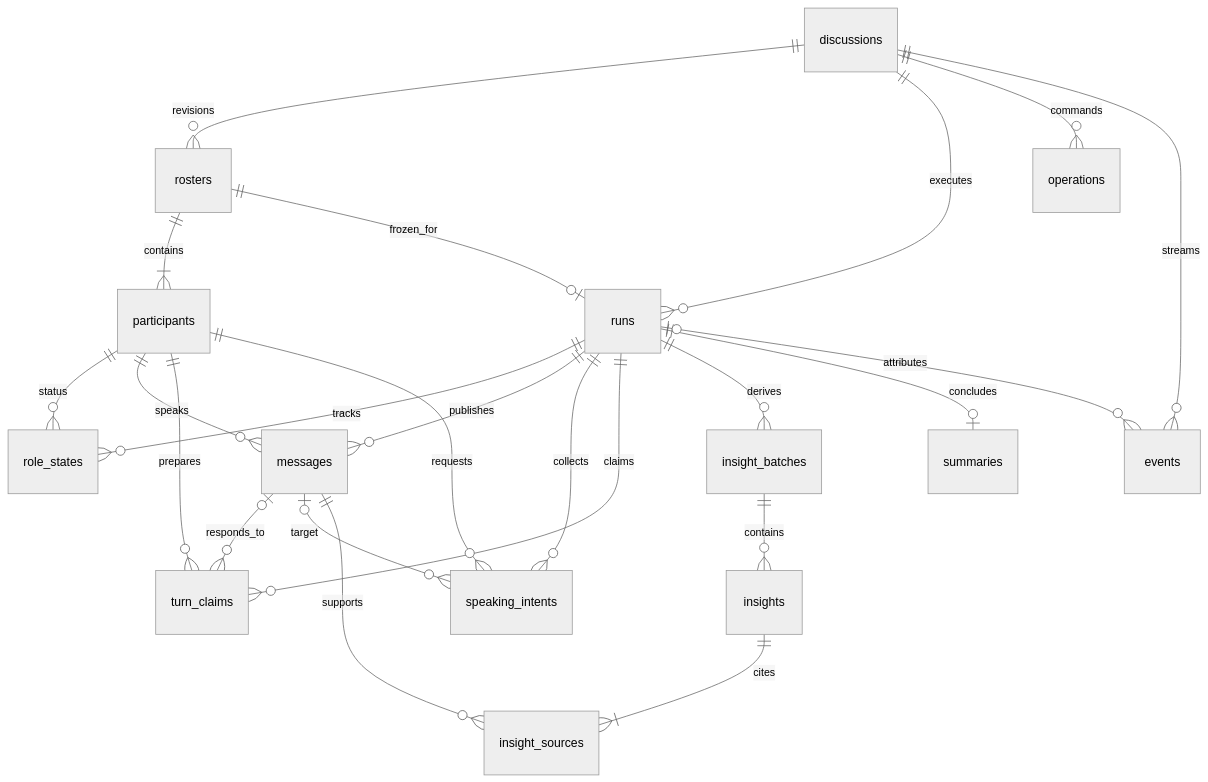
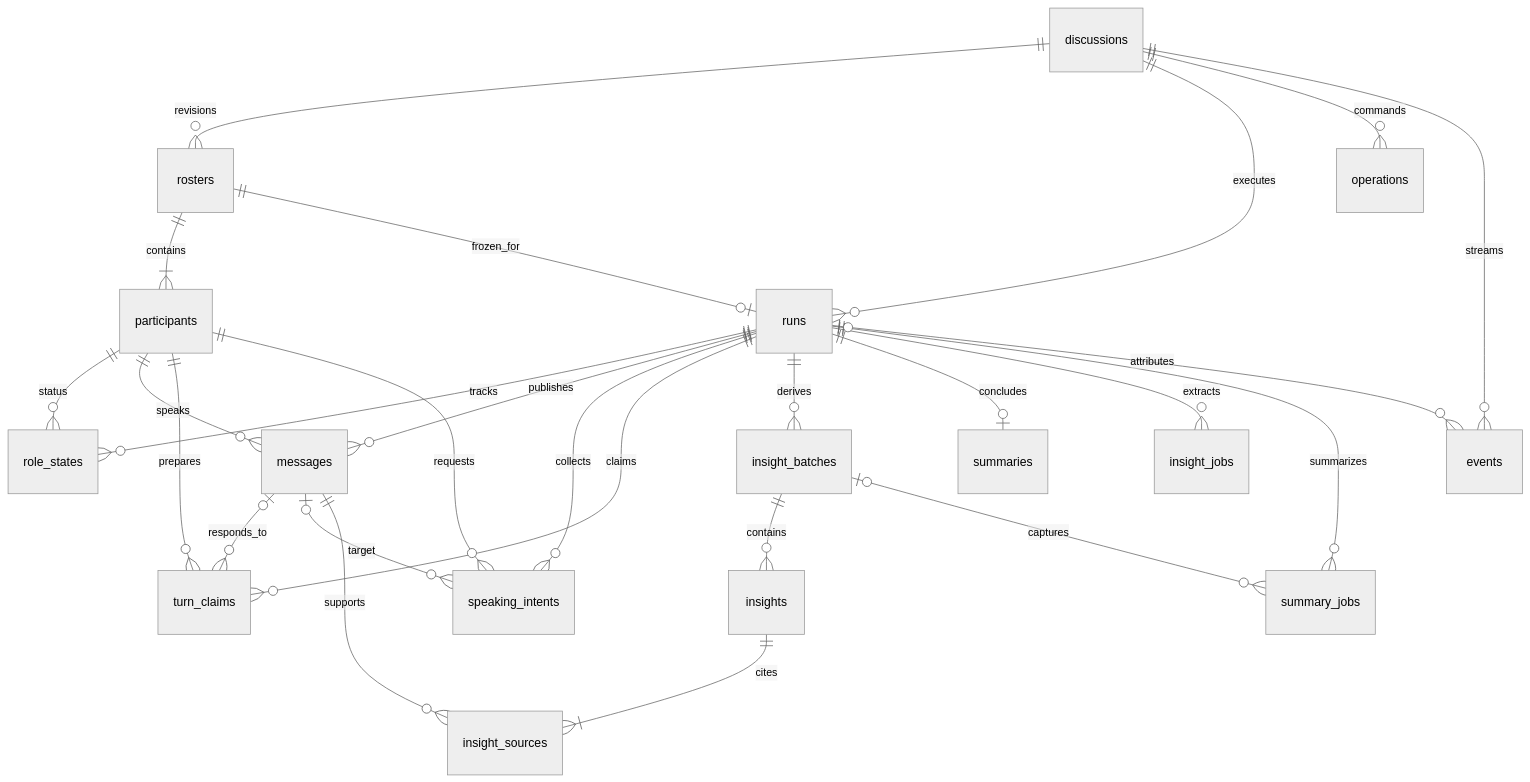
Before and after one commit to WenhuiRuan/Web-App-MVP: the first of 3 diagrams in docs/data-model.md, drawn with Mermaid (neutral theme). The commit also changed other lines of this file and 26 other files, not shown here.

````diff
--- a/docs/data-model.md
+++ b/docs/data-model.md
@@ -7,25 +7,28 @@
 ```mermaid
 erDiagram
     discussions ||--o{ rosters : revisions
     rosters ||--|{ participants : contains
     discussions ||--o{ runs : executes
     rosters ||--o| runs : frozen_for
     runs ||--o{ role_states : tracks
     participants ||--o{ role_states : status
     runs ||--o{ messages : publishes
     participants ||--o{ messages : speaks
     runs ||--o{ speaking_intents : collects
     runs ||--o{ turn_claims : claims
     participants ||--o{ turn_claims : prepares
     messages o|--o{ turn_claims : responds_to
     participants ||--o{ speaking_intents : requests
     messages o|--o{ speaking_intents : target
     runs ||--o{ insight_batches : derives
     insight_batches ||--o{ insights : contains
     insights ||--|{ insight_sources : cites
     messages ||--o{ insight_sources : supports
     runs ||--o| summaries : concludes
+    runs ||--o{ insight_jobs : extracts
+    runs ||--o{ summary_jobs : summarizes
+    insight_batches o|--o{ summary_jobs : captures
     discussions ||--o{ operations : commands
     discussions ||--o{ events : streams
     runs o|--o{ events : attributes
 ```
````
